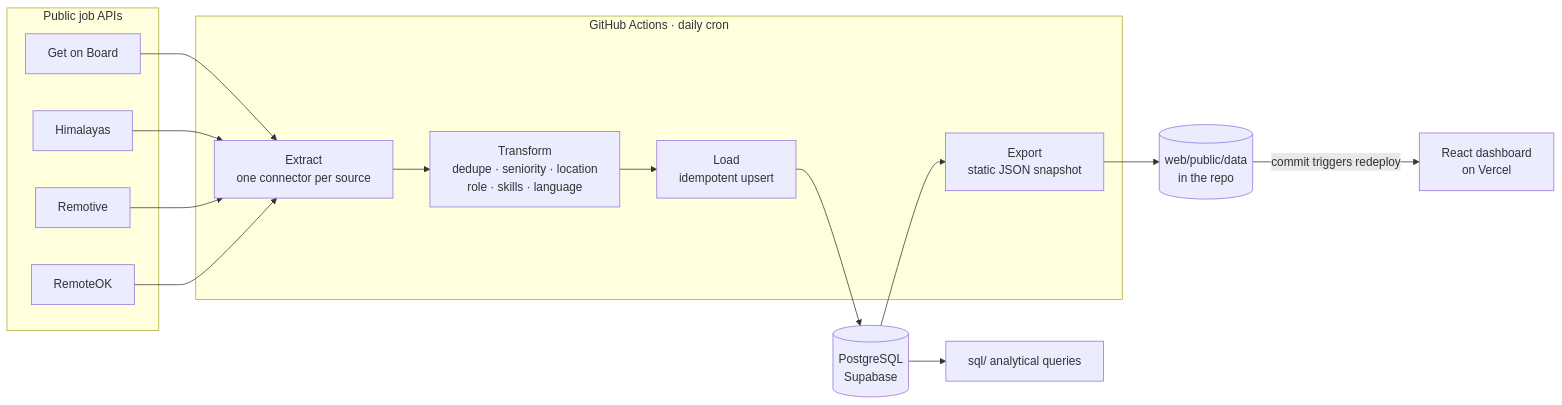
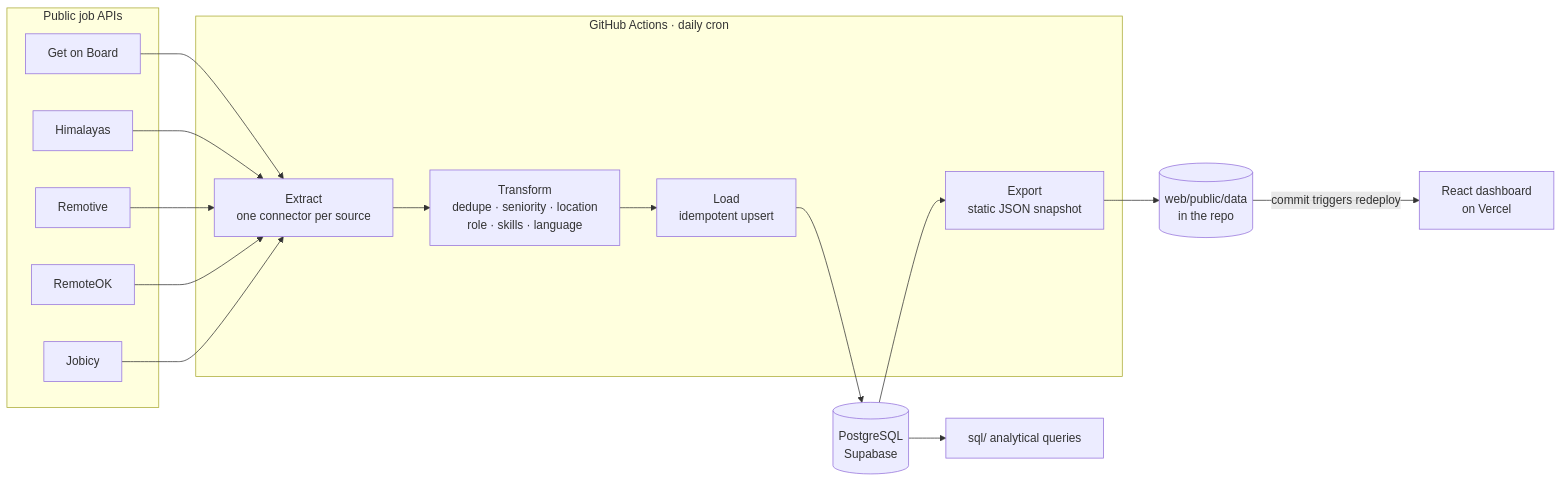
Before and after one commit to lucaswsanchez/junior-tech-jobs-radar: the diagram in README.md, drawn with Mermaid. The commit also changed other lines of this file and 15 other files, not shown here.

````diff
--- a/README.md
+++ b/README.md
@@ -60,25 +60,26 @@
 ```mermaid
 flowchart LR
     subgraph Sources["Public job APIs"]
         GOB[Get on Board]
         HIM[Himalayas]
         REM[Remotive]
         ROK[RemoteOK]
+        JOB[Jobicy]
     end
 
     subgraph GHA["GitHub Actions · daily cron"]
         EX[Extract<br/>one connector per source]
         TR[Transform<br/>dedupe · seniority · location<br/>role · skills · language]
         LD[Load<br/>idempotent upsert]
         EXP[Export<br/>static JSON snapshot]
     end
 
     DB[(PostgreSQL<br/>Supabase)]
     REPO[(web/public/data<br/>in the repo)]
     WEB[React dashboard<br/>on Vercel]
     SQL[sql/ analytical queries]
 
-    GOB & HIM & REM & ROK --> EX --> TR --> LD --> DB
+    GOB & HIM & REM & ROK & JOB --> EX --> TR --> LD --> DB
     DB --> EXP --> REPO -->|commit triggers redeploy| WEB
     DB --> SQL
 ```
````
